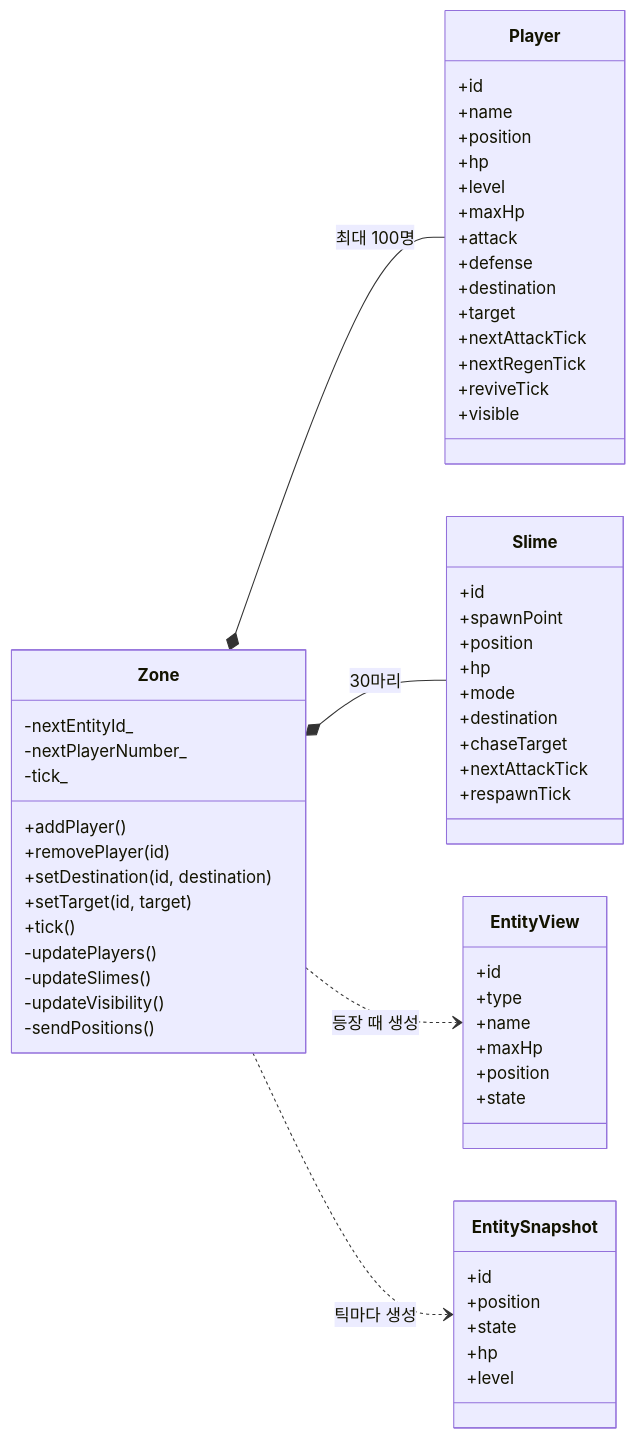
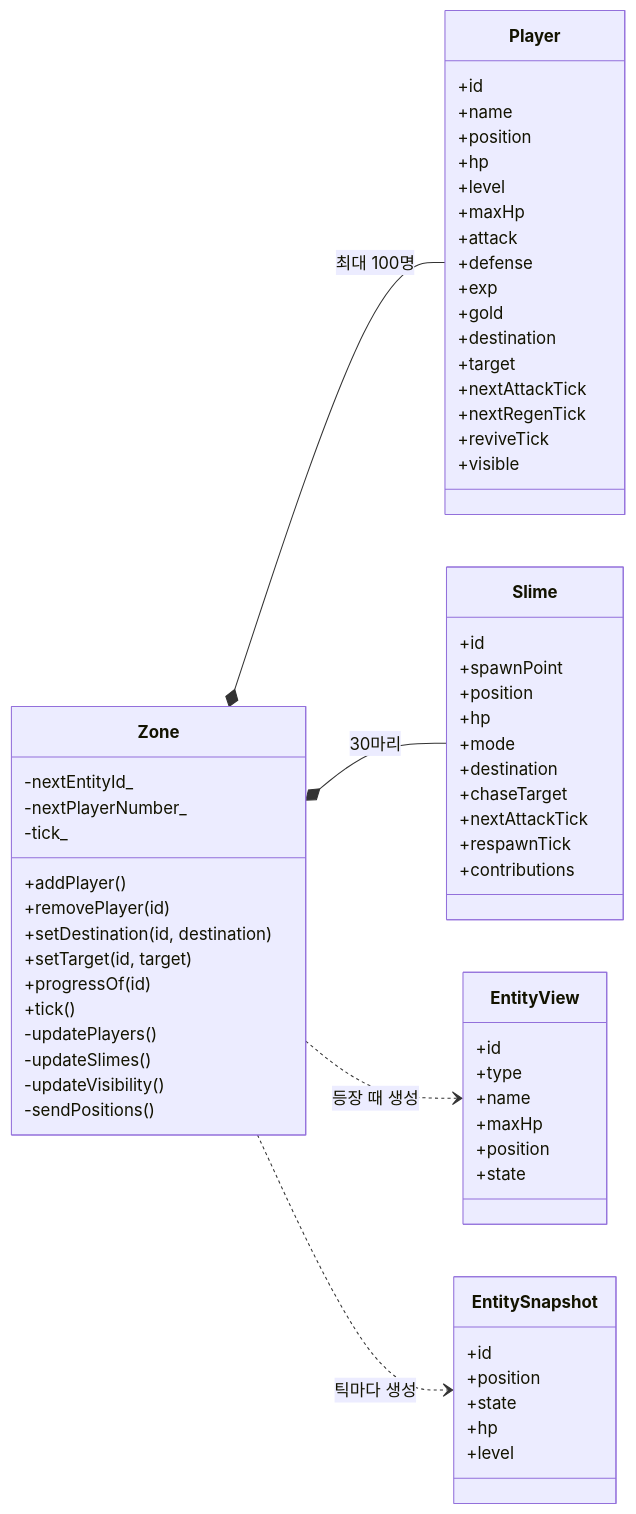
Before and after one commit to Dongs9/try_mmo_server: the diagram in docs/diagrams/src/structure-zone.mmd, drawn with Mermaid. The commit also changed 23 other files, not shown here.

```diff
--- a/docs/diagrams/src/structure-zone.mmd
+++ b/docs/diagrams/src/structure-zone.mmd
@@ -1,64 +1,68 @@
 classDiagram
     direction LR
 
     class Zone {
         -nextEntityId_
         -nextPlayerNumber_
         -tick_
         +addPlayer()
         +removePlayer(id)
         +setDestination(id, destination)
         +setTarget(id, target)
+        +progressOf(id)
         +tick()
         -updatePlayers()
         -updateSlimes()
         -updateVisibility()
         -sendPositions()
     }
     class Player {
         +id
         +name
         +position
         +hp
         +level
         +maxHp
         +attack
         +defense
+        +exp
+        +gold
         +destination
         +target
         +nextAttackTick
         +nextRegenTick
         +reviveTick
         +visible
     }
     class Slime {
         +id
         +spawnPoint
         +position
         +hp
         +mode
         +destination
         +chaseTarget
         +nextAttackTick
         +respawnTick
+        +contributions
     }
     class EntityView {
         +id
         +type
         +name
         +maxHp
         +position
         +state
     }
     class EntitySnapshot {
         +id
         +position
         +state
         +hp
         +level
     }
 
     Zone *-- Player : 최대 100명
     Zone *-- Slime : 30마리
     Zone ..> EntityView : 등장 때 생성
     Zone ..> EntitySnapshot : 틱마다 생성
```
